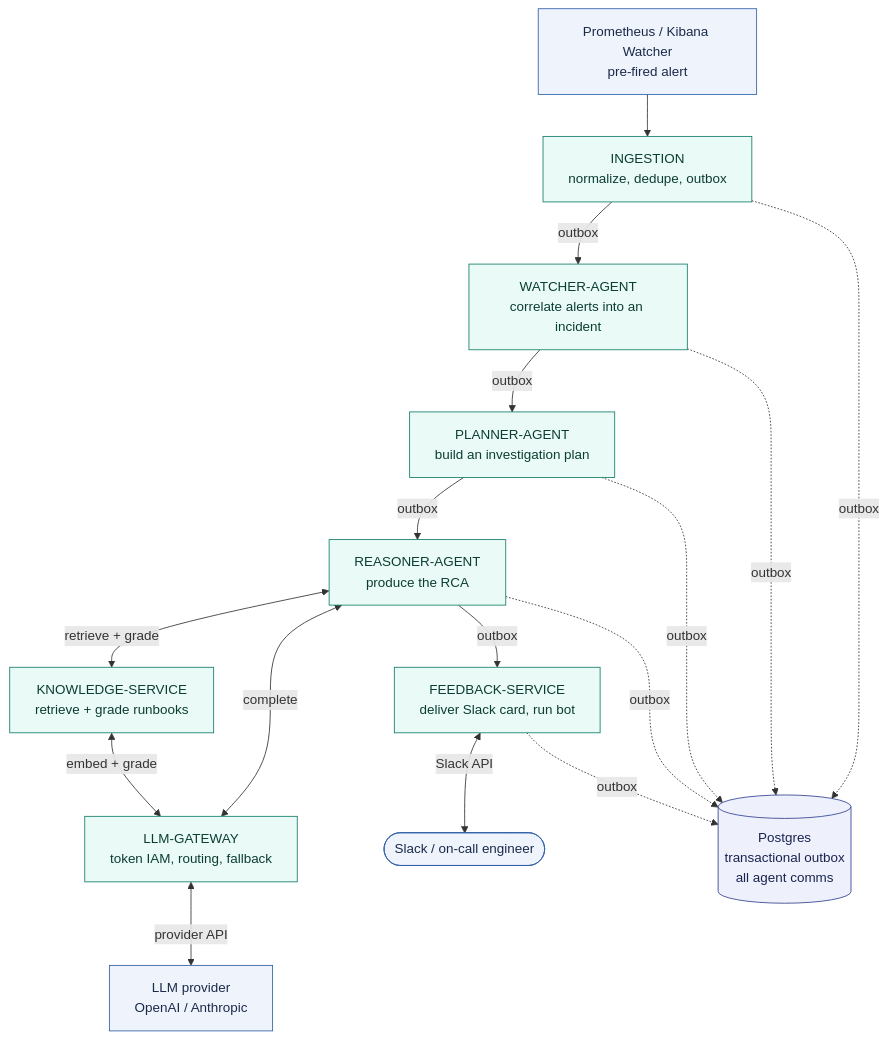
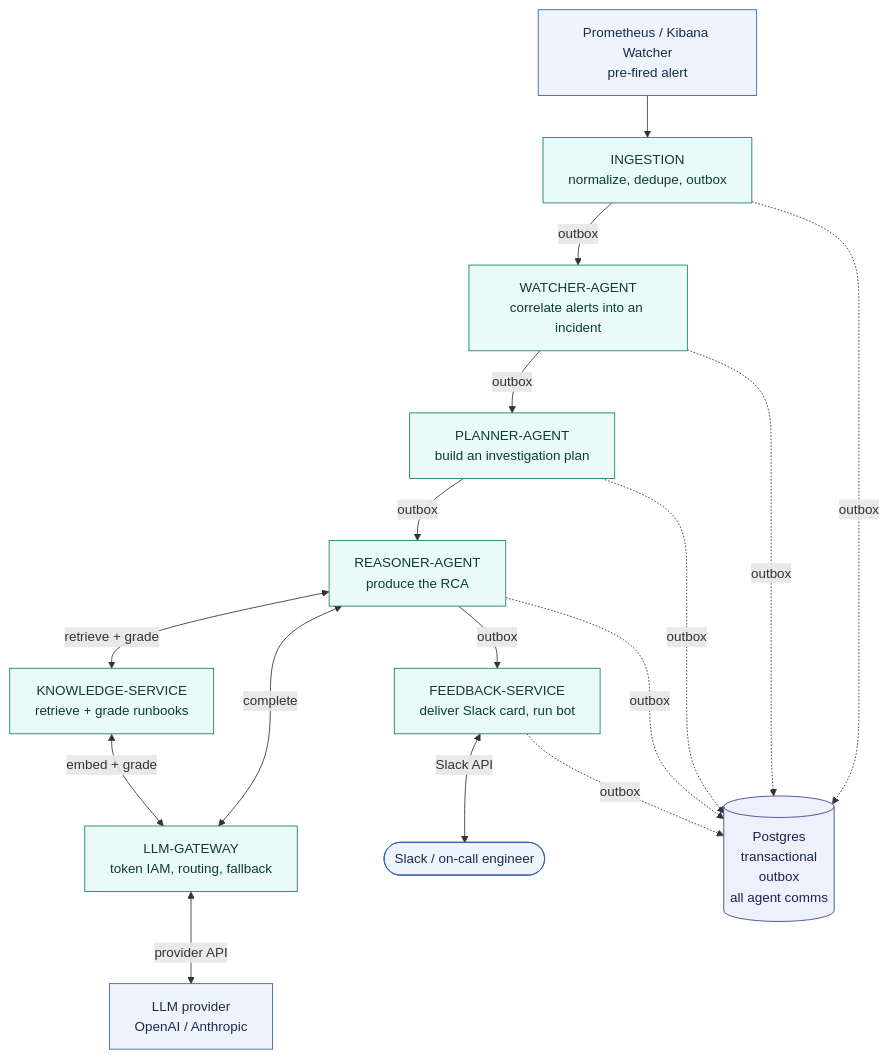
Before and after one commit to k-kohli10/radar-system: the diagram in README.md, drawn with Mermaid. The commit also changed other lines of this file and 27 other files, not shown here.

````diff
--- a/README.md
+++ b/README.md
@@ -89,39 +89,39 @@
 ```mermaid
 flowchart TB
     P["Prometheus / Kibana Watcher<br/>pre-fired alert"]
     I["INGESTION<br/>normalize, dedupe, outbox"]
     W["WATCHER-AGENT<br/>correlate alerts into an incident"]
     PL["PLANNER-AGENT<br/>build an investigation plan"]
     R["REASONER-AGENT<br/>produce the RCA"]
     K["KNOWLEDGE-SERVICE<br/>retrieve + grade runbooks"]
     G["LLM-GATEWAY<br/>token IAM, routing, fallback"]
     LLM["LLM provider<br/>OpenAI / Anthropic"]
     F["FEEDBACK-SERVICE<br/>deliver Slack card, run bot"]
     S(["Slack / on-call engineer"])
-    DB[("Postgres<br/>transactional outbox<br/>all agent comms")]
+    DB[("Postgres<br/>transactional<br/>outbox<br/>all agent comms")]
 
     P --> I
     I -- outbox --> W
     W -- outbox --> PL
     PL -- outbox --> R
     R <-- retrieve + grade --> K
     R <-- complete --> G
     K <-- embed + grade --> G
     G <-- provider API --> LLM
     R -- outbox --> F
     F <-- Slack API --> S
 
     I -. outbox .-> DB
     W -. outbox .-> DB
     PL -. outbox .-> DB
     R -. outbox .-> DB
     F -. outbox .-> DB
 
     classDef external fill:#eef3fc,stroke:#2f5fa8,color:#1a2b4a;
     classDef agent fill:#eafaf6,stroke:#127d69,color:#0b3d33;
     classDef store fill:#eef1fb,stroke:#33418f,color:#1a2350;
 
     class P,LLM,S external
     class I,W,PL,R,K,G,F agent
     class DB store
 ```
````
